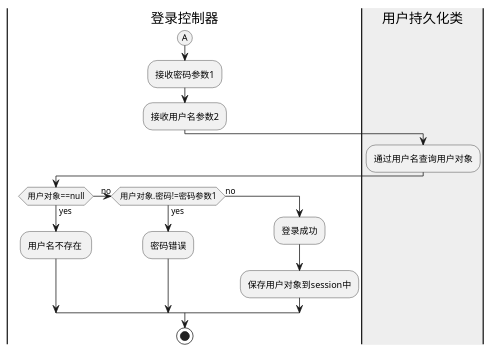
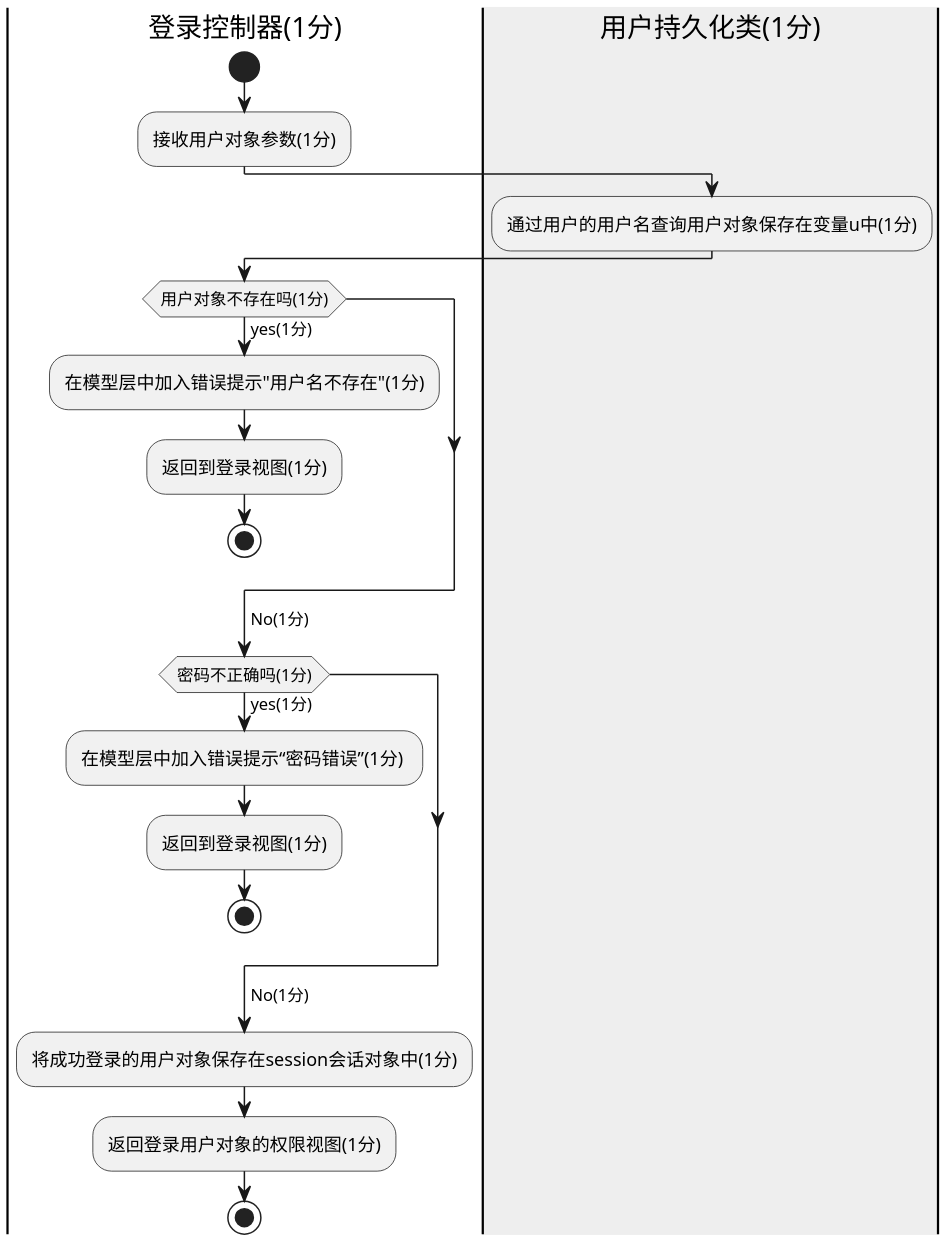
Before and after one commit to xchgx/assetmanager: the diagram in src/main/java/com/xchgx/cloud/sso8/assetmanager/diagram/v11/LoginController-A登录流程.puml, drawn with PlantUML. The commit also changed 2 other files, not shown here.

```diff
--- a/src/main/java/com/xchgx/cloud/sso8/assetmanager/diagram/v11/LoginController-A登录流程.puml
+++ b/src/main/java/com/xchgx/cloud/sso8/assetmanager/diagram/v11/LoginController-A登录流程.puml
@@ -1,19 +1,25 @@
 @startuml
+scale 2
+|登录控制器(1分)|
+start
+:接收用户对象参数(1分);
+|#eee|用户持久化类(1分)|
+:通过用户的用户名查询用户对象保存在变量u中(1分);
+|登录控制器(1分)|
+if (用户对象不存在吗(1分)) then (yes(1分))
+:在模型层中加入错误提示"用户名不存在"(1分);
+:返回到登录视图(1分);
+stop
+endif
+->No(1分);
+if (密码不正确吗(1分)) then (yes(1分))
+:在模型层中加入错误提示“密码错误”(1分) ;
+:返回到登录视图(1分);
+stop
+endif
+->No(1分);
+:将成功登录的用户对象保存在session会话对象中(1分);
+:返回登录用户对象的权限视图(1分);
 
-|登录控制器|
-(A)
-:接收密码参数1;
-:接收用户名参数2;
-|#eee|用户持久化类|
-:通过用户名查询用户对象;
-|登录控制器|
-if (用户对象==null) then (yes)
-:用户名不存在 ;
-(no) elseif (用户对象.密码!=密码参数1) then (yes)
-:密码错误;
-else (no)
-:登录成功;
-:保存用户对象到session中;
-endif
 stop
 @enduml
```
